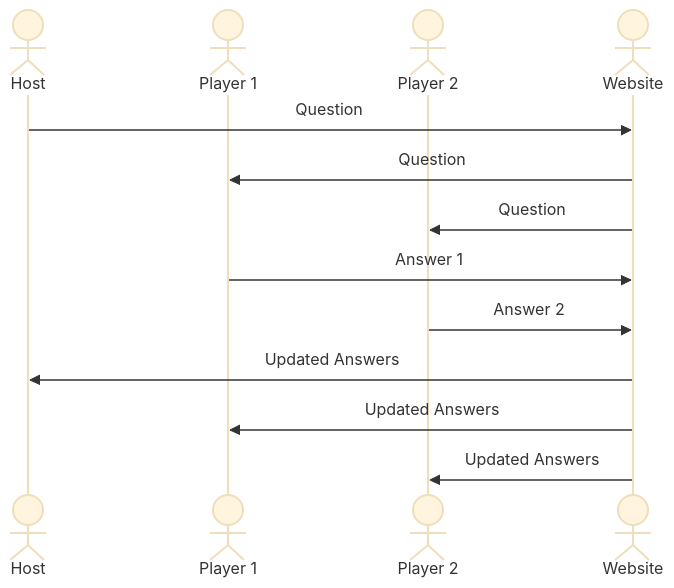
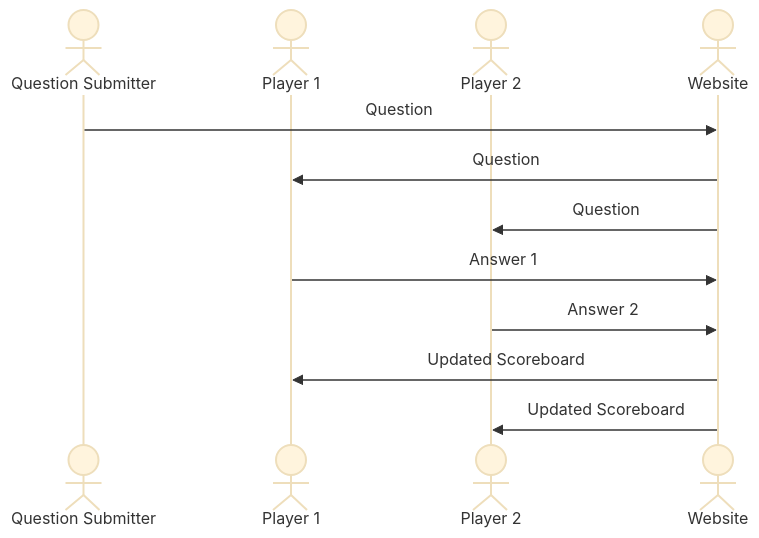
The diagram in README.md (bltowne/startup), drawn with Mermaid (base theme) before and after one commit. The commit also changed other lines of this file and 2 other files, not shown here.

````diff
--- a/README.md
+++ b/README.md
@@ -27,15 +27,14 @@
 ```mermaid
 sequenceDiagram
-    actor Host
+    actor Question Submitter
     actor Player 1
     actor Player 2
     actor Website
-    Host->>Website: Question
+    Question Submitter->>Website: Question
     Website->>Player 1: Question
     Website->>Player 2: Question
     Player 1->>Website: Answer 1
     Player 2->>Website: Answer 2
-    Website->>Host: Updated Answers
-    Website->>Player 1: Updated Answers
-    Website->>Player 2: Updated Answers
+    Website->>Player 1: Updated Scoreboard
+    Website->>Player 2: Updated Scoreboard
 ```
````
